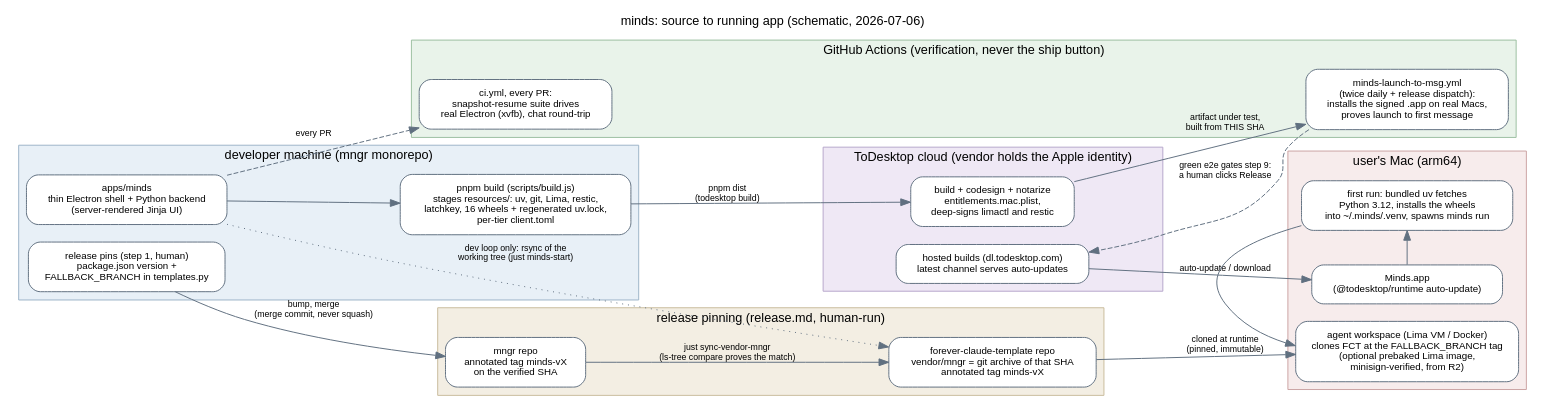
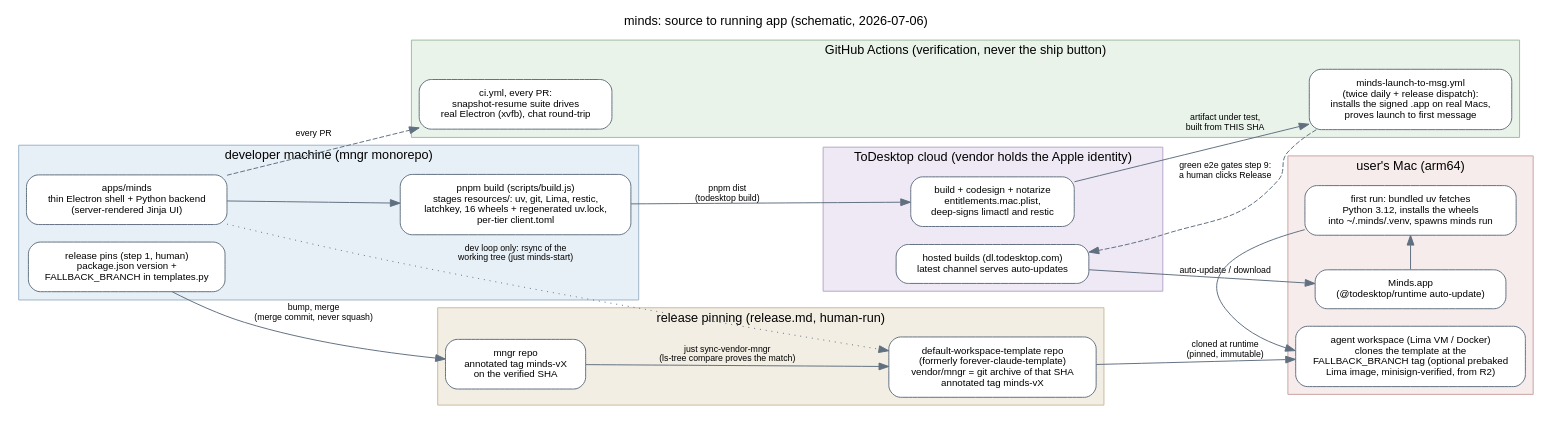
Before and after one commit to imbue-ai/mngr: the diagram in docs/reports/2026-07-06-minds-build-sign-ship.md, drawn with Graphviz. The commit also changed other lines of this file and 6 other files, not shown here.

First line of the commit message:
Address architecture-review findings on the reports branch

````diff
--- a/docs/reports/2026-07-06-minds-build-sign-ship.md
+++ b/docs/reports/2026-07-06-minds-build-sign-ship.md
@@ -52,65 +53,65 @@
 ```dot
 digraph minds_ship_path {
     rankdir=LR;
     newrank=true;
     labelloc="t";
     label="minds: source to running app (schematic, 2026-07-06)";
     fontname="Helvetica";
     fontsize=13;
     node [shape=box, style="rounded,filled", fillcolor="white", color="#607080", fontname="Helvetica", fontsize=10, margin="0.18,0.12"];
     edge [color="#607080", fontname="Helvetica", fontsize=9];
 
     subgraph cluster_dev {
         label="developer machine (mngr monorepo)";
         style="filled"; fillcolor="#E8F0F7"; color="#9DB4C8";
         "minds source" [label="apps/minds\nthin Electron shell + Python backend\n(server-rendered Jinja UI)"];
         "release pins" [label="release pins (step 1, human)\npackage.json version +\nFALLBACK_BRANCH in templates.py"];
         "build.js" [label="pnpm build (scripts/build.js)\nstages resources/: uv, git, Lima, restic,\nlatchkey, 16 wheels + regenerated uv.lock,\nper-tier client.toml"];
     }
 
     subgraph cluster_pin {
         label="release pinning (release.md, human-run)";
         style="filled"; fillcolor="#F3EEE3"; color="#C9BC9C";
         "mngr tag" [label="mngr repo\nannotated tag minds-vX\non the verified SHA"];
-        "FCT tag" [label="forever-claude-template repo\nvendor/mngr = git archive of that SHA\nannotated tag minds-vX"];
+        "template tag" [label="default-workspace-template repo\n(formerly forever-claude-template)\nvendor/mngr = git archive of that SHA\nannotated tag minds-vX"];
     }
 
     subgraph cluster_td {
         label="ToDesktop cloud (vendor holds the Apple identity)";
         style="filled"; fillcolor="#EFE8F5"; color="#B7A6CB";
         "sign and notarize" [label="build + codesign + notarize\nentitlements.mac.plist,\ndeep-signs limactl and restic"];
         "latest channel" [label="hosted builds (dl.todesktop.com)\nlatest channel serves auto-updates"];
     }
 
     subgraph cluster_ci {
         label="GitHub Actions (verification, never the ship button)";
         style="filled"; fillcolor="#E9F3EA"; color="#9CBFA1";
         "snapshot suite" [label="ci.yml, every PR:\nsnapshot-resume suite drives\nreal Electron (xvfb), chat round-trip"];
         "launch-to-msg" [label="minds-launch-to-msg.yml\n(twice daily + release dispatch):\ninstalls the signed .app on real Macs,\nproves launch to first message"];
     }
 
     subgraph cluster_user {
         label="user's Mac (arm64)";
         style="filled"; fillcolor="#F7ECEC"; color="#CBA3A3";
         "Minds.app" [label="Minds.app\n(@todesktop/runtime auto-update)"];
         "backend venv" [label="first run: bundled uv fetches\nPython 3.12, installs the wheels\ninto ~/.minds/.venv, spawns minds run"];
-        "agent workspace" [label="agent workspace (Lima VM / Docker)\nclones FCT at the FALLBACK_BRANCH tag\n(optional prebaked Lima image,\nminisign-verified, from R2)"];
+        "agent workspace" [label="agent workspace (Lima VM / Docker)\nclones the template at the\nFALLBACK_BRANCH tag (optional prebaked\nLima image, minisign-verified, from R2)"];
     }
 
     { rank=same; "sign and notarize"; "latest channel"; }
     { rank=same; "Minds.app"; "backend venv"; "agent workspace"; }
 
     "minds source" -> "build.js";
     "minds source" -> "snapshot suite" [style=dashed, label="every PR"];
-    "minds source" -> "FCT tag" [style=dotted, label="dev loop only: rsync of the\nworking tree (just minds-start)"];
+    "minds source" -> "template tag" [style=dotted, label="dev loop only: rsync of the\nworking tree (just minds-start)"];
     "release pins" -> "mngr tag" [label="bump, merge\n(merge commit, never squash)"];
-    "mngr tag" -> "FCT tag" [label="just sync-vendor-mngr\n(ls-tree compare proves the match)"];
+    "mngr tag" -> "template tag" [label="just sync-vendor-mngr\n(ls-tree compare proves the match)"];
     "build.js" -> "sign and notarize" [label="pnpm dist\n(todesktop build)"];
     "sign and notarize" -> "launch-to-msg" [label="artifact under test,\nbuilt from THIS SHA"];
     "launch-to-msg" -> "latest channel" [style=dashed, label="green e2e gates step 9:\na human clicks Release"];
     "latest channel" -> "Minds.app" [label="auto-update / download"];
     "Minds.app" -> "backend venv";
     "backend venv" -> "agent workspace";
-    "FCT tag" -> "agent workspace" [label="cloned at runtime\n(pinned, immutable)"];
+    "template tag" -> "agent workspace" [label="cloned at runtime\n(pinned, immutable)"];
 }
 ```
````
